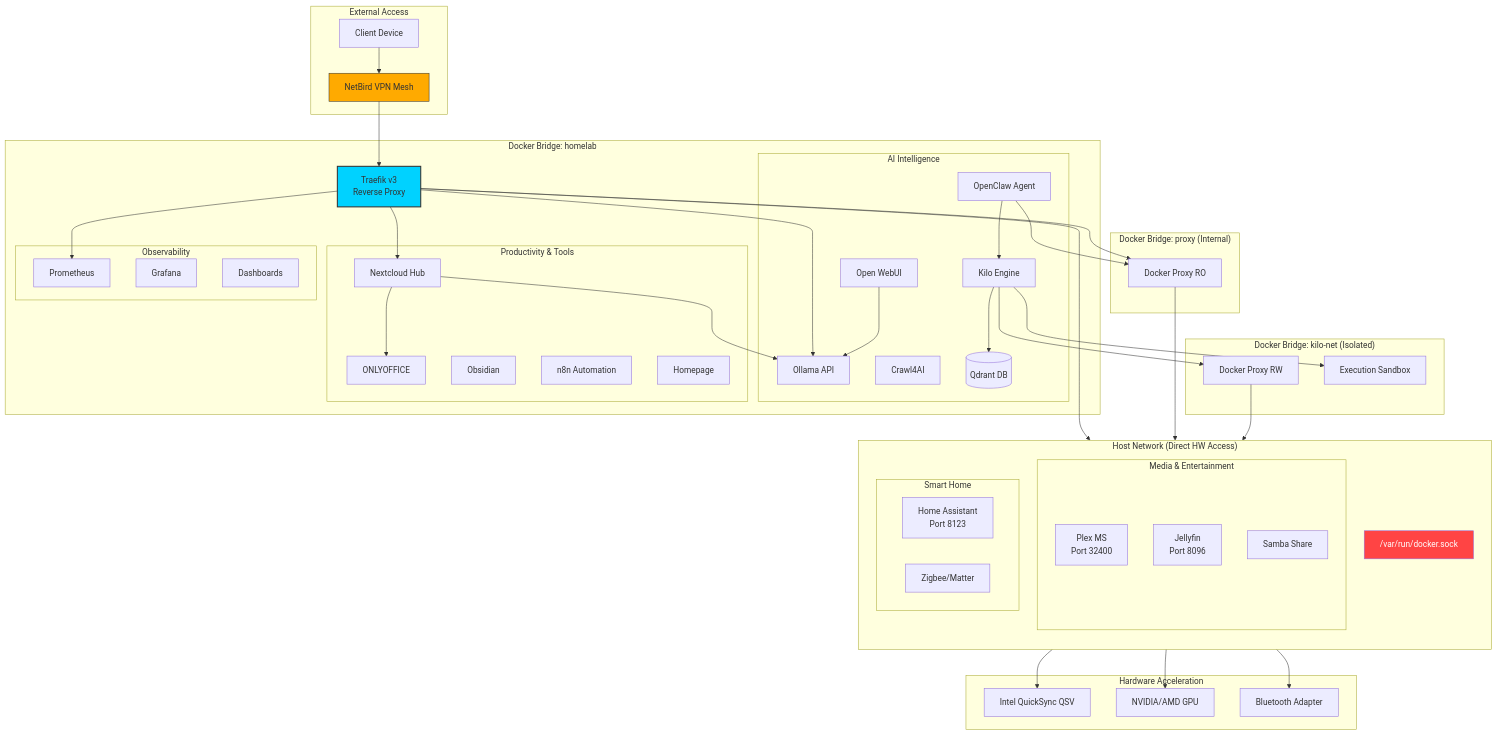
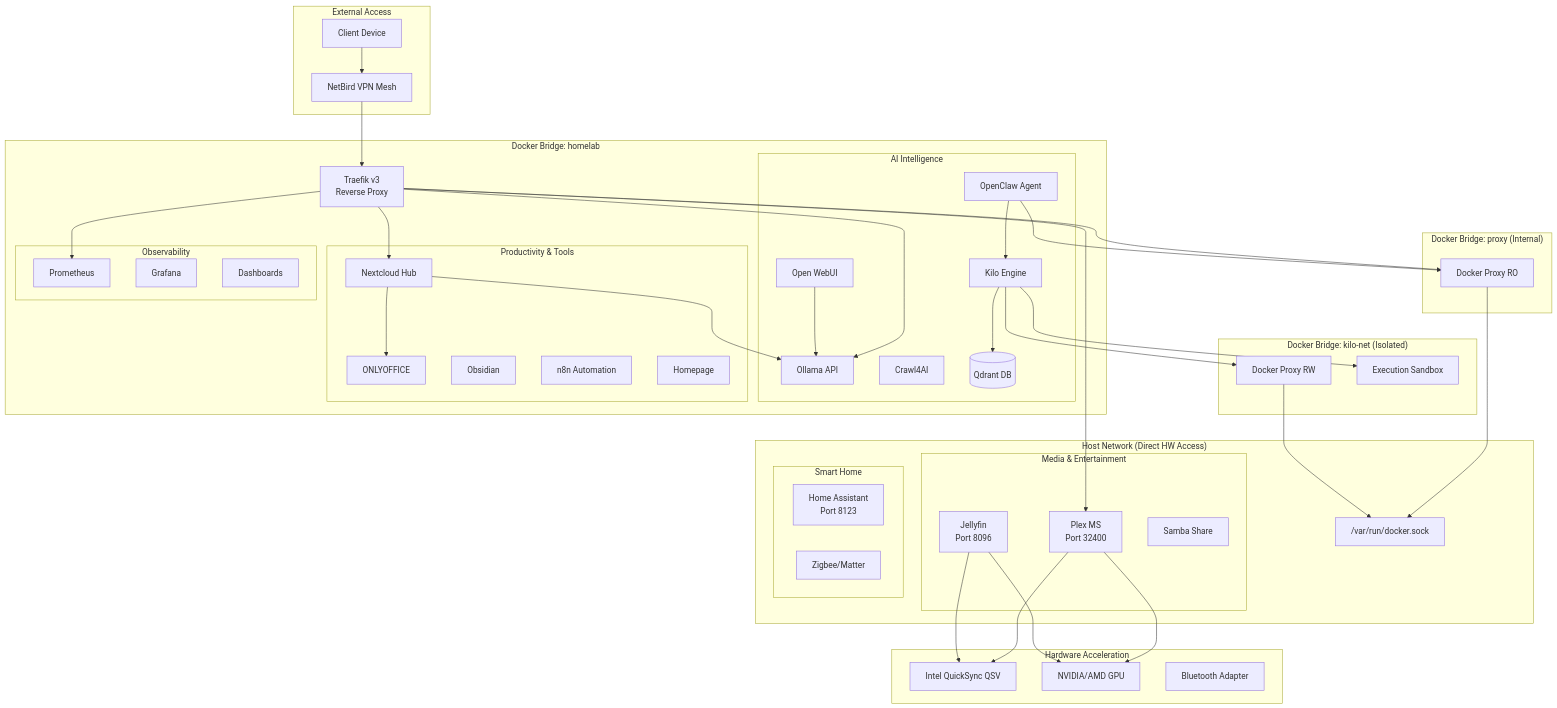
Before and after one commit to oweibor/homelab: the third of 4 diagrams in README.md, drawn with Mermaid. The commit also changed other lines of this file and 1 other file, not shown here.

Commit message:
Fix Mermaid diagram syntax errors and update markdownlint config

````diff
--- a/README.md
+++ b/README.md
@@ -325,7 +328,6 @@
     end
 
     subgraph HostNet ["Host Network (Direct HW Access)"]
-        direction TB
         subgraph MediaGroup ["Media & Entertainment"]
             Plex["Plex MS<br/>Port 32400"]
             Jelly["Jellyfin<br/>Port 8096"]
@@ -383,7 +385,7 @@
     Traefik --> Ollama
     Traefik --> NC
     Traefik --> Prom
-  
+
     %% Data Flow
     WebUI --> Ollama
     Claw --> Kilo
@@ -391,20 +393,17 @@
     Kilo --> Qdrant
     NC --> Ollama
     NC --> Docs
-  
+
     %% Security & System
     Traefik --> D_Proxy
     Claw --> D_Proxy
     D_Proxy --> D_Sock
     Kilo --> K_Proxy
     K_Proxy --> D_Sock
-  
+
     %% HW Pass-through
-    MediaGroup --> QS_HW
-    MediaGroup --> GPU_HW
-    SmartHome --> BT_HW
-
-    style Traefik fill:#00d2ff,stroke:#333,stroke-width:2px
-    style NB fill:#ffaa00,stroke:#333
-    style D_Sock fill:#ff4444,color:#fff
+    Plex --> QS_HW
+    Plex --> GPU_HW
+    Jelly --> QS_HW
+    Jelly --> GPU_HW
 ```
````
